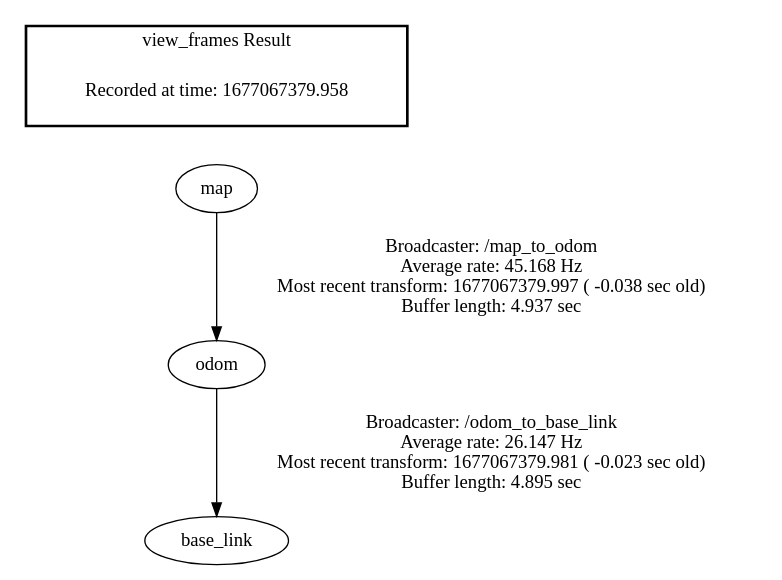
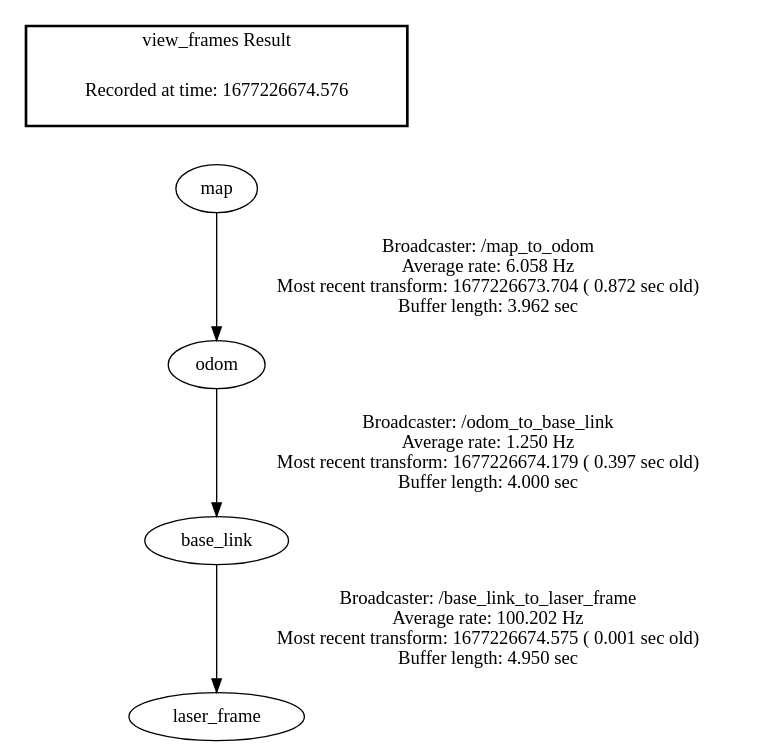
One commit to mulempyo/my_first_ros_robot changed the diagram in frames.gv. Above: the diagram before and after it, drawn with Graphviz. The commit also changed 404 other files, not shown here.

```diff
--- a/frames.gv
+++ b/frames.gv
@@ -1,8 +1,9 @@
 digraph G {
-"map" -> "odom"[label="Broadcaster: /map_to_odom\nAverage rate: 45.168 Hz\nMost recent transform: 1677067379.997 ( -0.038 sec old)\nBuffer length: 4.937 sec\n"];
-"odom" -> "base_link"[label="Broadcaster: /odom_to_base_link\nAverage rate: 26.147 Hz\nMost recent transform: 1677067379.981 ( -0.023 sec old)\nBuffer length: 4.895 sec\n"];
+"base_link" -> "laser_frame"[label="Broadcaster: /base_link_to_laser_frame\nAverage rate: 100.202 Hz\nMost recent transform: 1677226674.575 ( 0.001 sec old)\nBuffer length: 4.950 sec\n"];
+"odom" -> "base_link"[label="Broadcaster: /odom_to_base_link\nAverage rate: 1.250 Hz\nMost recent transform: 1677226674.179 ( 0.397 sec old)\nBuffer length: 4.000 sec\n"];
+"map" -> "odom"[label="Broadcaster: /map_to_odom\nAverage rate: 6.058 Hz\nMost recent transform: 1677226673.704 ( 0.872 sec old)\nBuffer length: 3.962 sec\n"];
 edge [style=invis];
  subgraph cluster_legend { style=bold; color=black; label ="view_frames Result";
-"Recorded at time: 1677067379.958"[ shape=plaintext ] ;
+"Recorded at time: 1677226674.576"[ shape=plaintext ] ;
  }->"map";
 }
```
